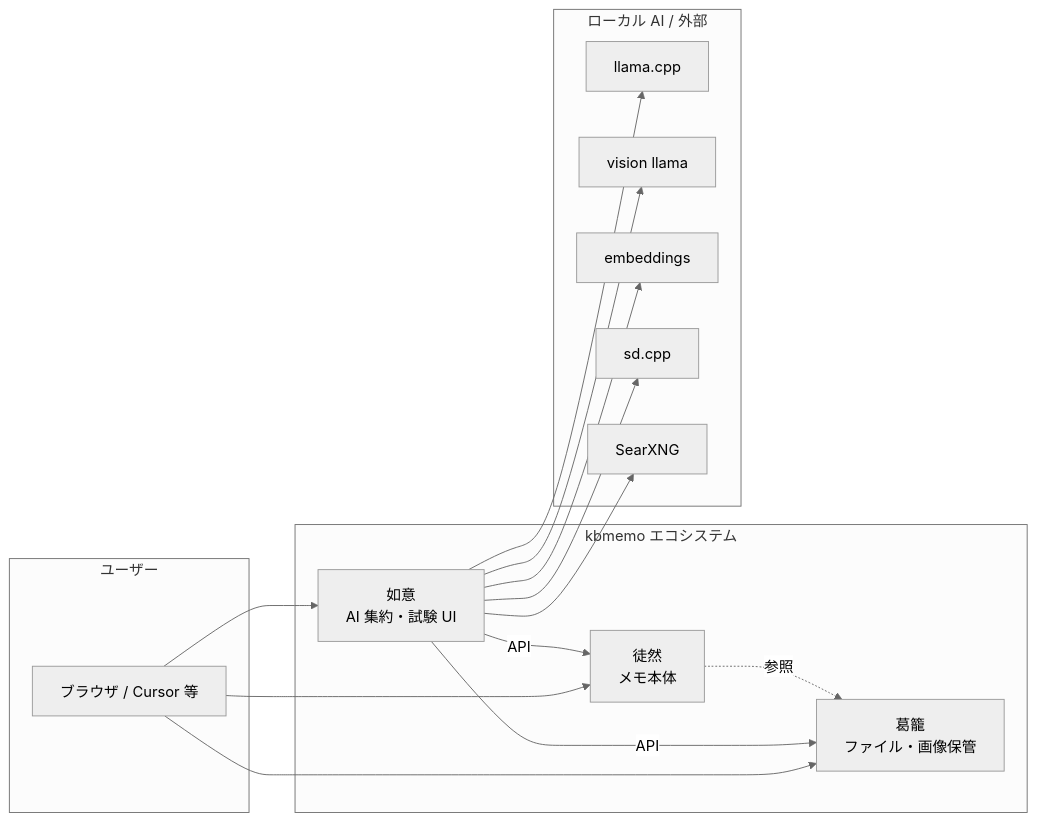
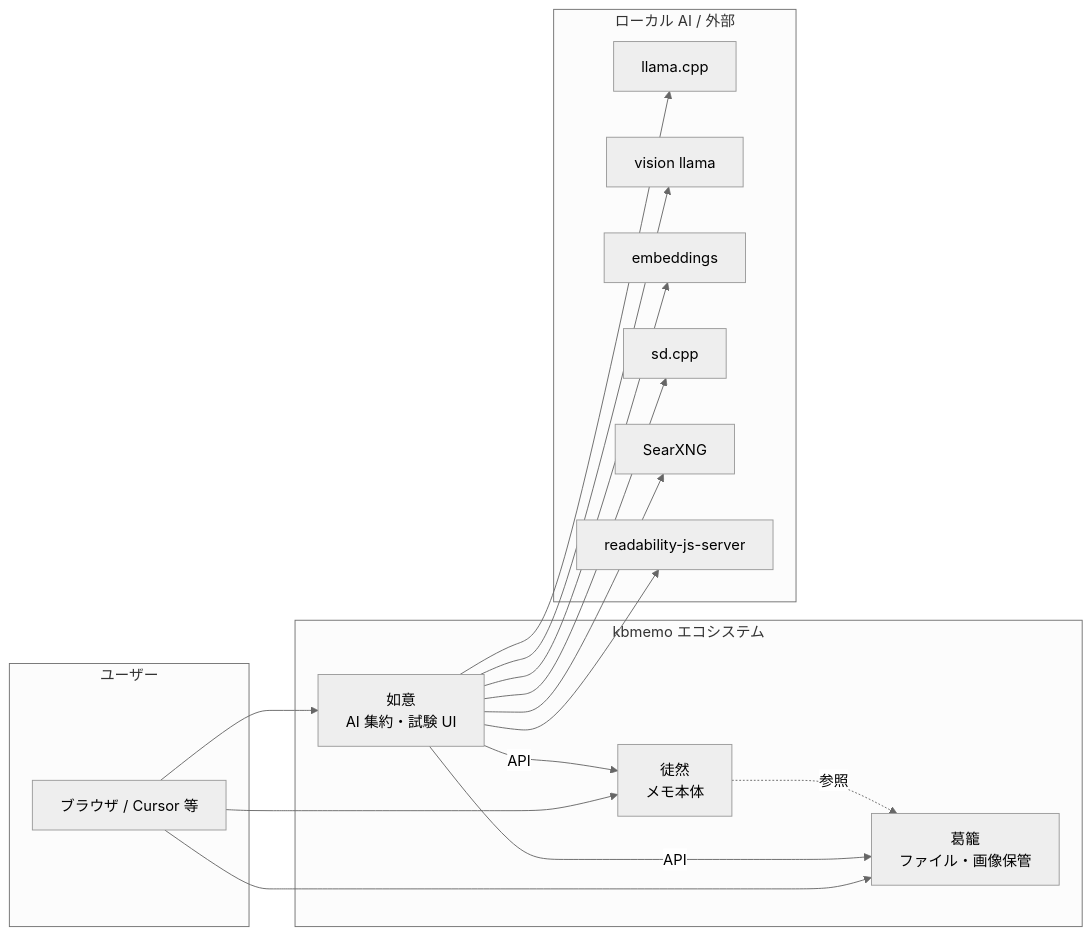
One commit to KBMemo/nyoy changed the first of 2 diagrams in docs/ecosystem-roadmap.md. Above: the diagram before and after it, drawn with Mermaid (neutral theme). The commit also changed other lines of this file and 17 other files, not shown here.

````diff
--- a/docs/ecosystem-roadmap.md
+++ b/docs/ecosystem-roadmap.md
@@ -20,28 +21,29 @@
 ```mermaid
 flowchart LR
   subgraph user [ユーザー]
     U[ブラウザ / Cursor 等]
   end
 
   subgraph apps [kbmemo エコシステム]
     T[徒然<br/>メモ本体]
     Z[葛籠<br/>ファイル・画像保管]
     N[如意<br/>AI 集約・試験 UI]
   end
 
   subgraph ai [ローカル AI / 外部]
     L[llama.cpp]
     V[vision llama]
     E[embeddings]
     SD[sd.cpp]
     S[SearXNG]
+    R[readability-js-server]
   end
 
   U --> T
   U --> Z
   U --> N
   N -->|API| T
   N -->|API| Z
-  N --> L & V & E & SD & S
+  N --> L & V & E & SD & S & R
   T -.->|参照| Z
 ```
````
